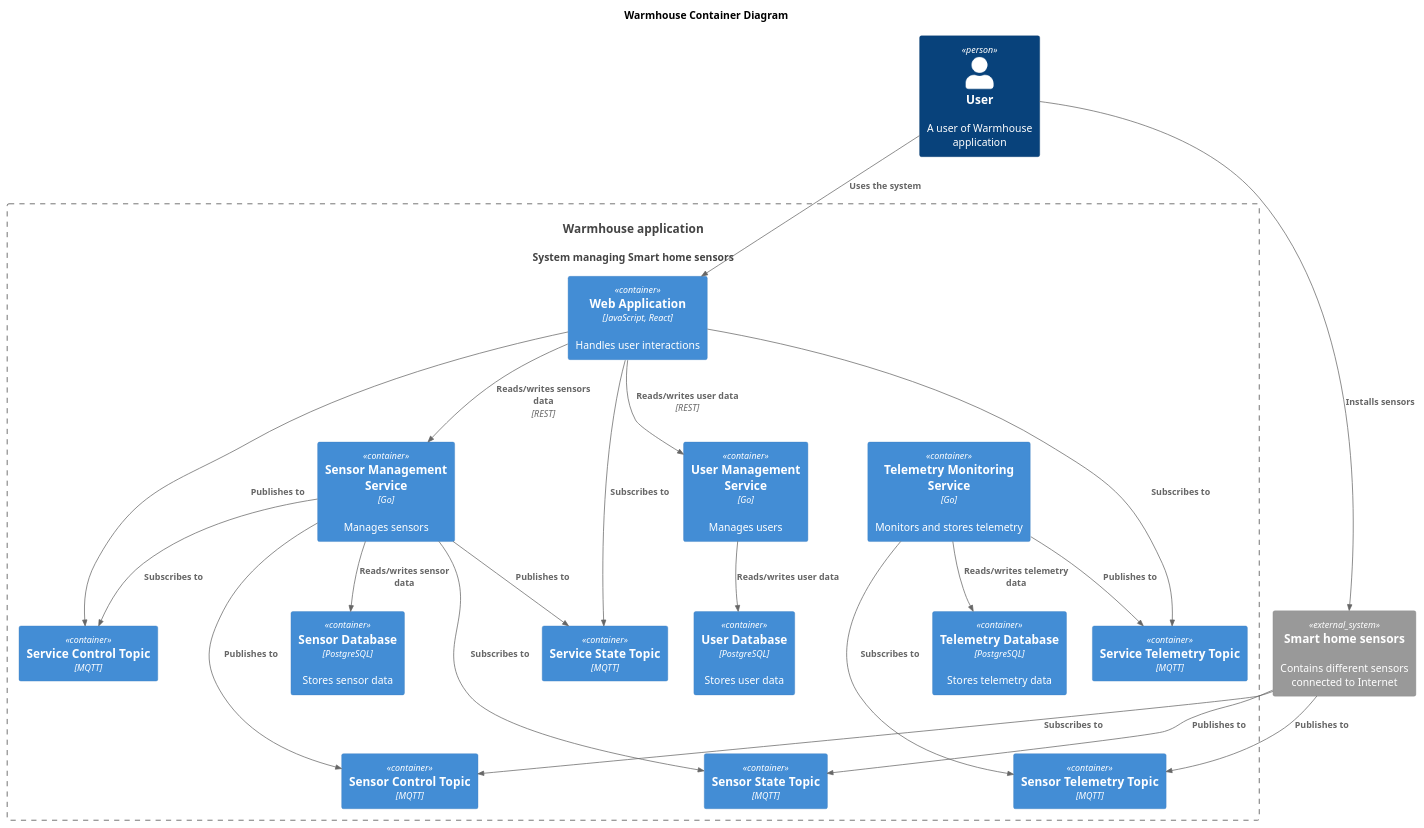
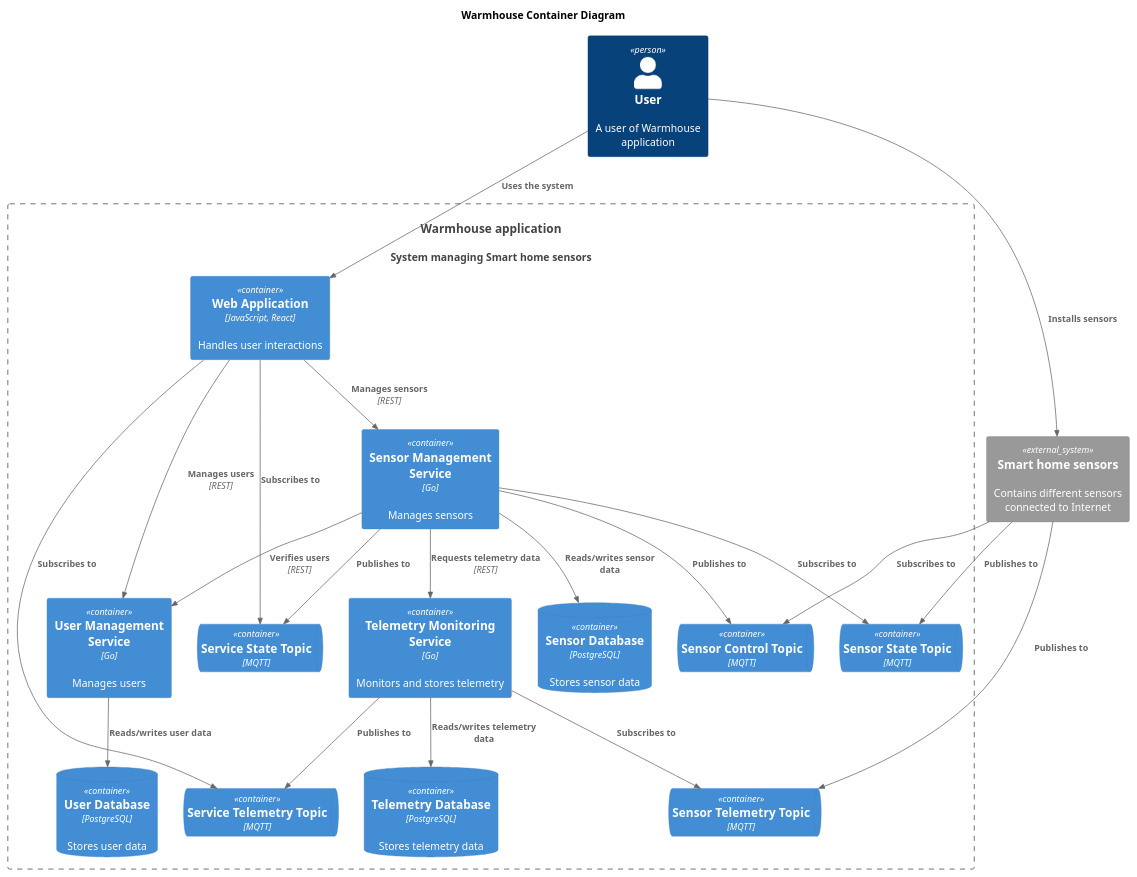
One commit to grafkozloff/arch-sprint1 changed the diagram in diagrams/container/containers.puml. Above: the diagram before and after it, drawn with PlantUML. The commit also changed 10 other files, not shown here.

```diff
--- a/diagrams/container/containers.puml
+++ b/diagrams/container/containers.puml
@@ -1,67 +1,55 @@
 @startuml
 title Warmhouse Container Diagram
 
-'top to bottom direction
+top to bottom direction
 
 !includeurl https://raw.githubusercontent.com/RicardoNiepel/C4-PlantUML/master/C4_Component.puml
 
 Person(user, "User", "A user of Warmhouse application")
 System(WarmhouseApp, "Warmhouse application", "System managing Smart home sensors")
 
 Container_Boundary(WarmhouseApp, "Warmhouse application") {
   Container(WebApp, "Web Application", "JavaScript, React", "Handles user interactions")
 '  services
   Container(UserService, "User Management Service", "Go", "Manages users")
   Container(SensorService, "Sensor Management Service", "Go", "Manages sensors")
   Container(TelemetryService, "Telemetry Monitoring Service", "Go", "Monitors and stores telemetry")
 '  databases
-  Container(UserDatabase, "User Database", "PostgreSQL", "Stores user data")
-  Container(SensorDatabase, "Sensor Database", "PostgreSQL", "Stores sensor data")
-  Container(TelemetryDatabase, "Telemetry Database", "PostgreSQL", "Stores telemetry data")
+  ContainerDb(UserDatabase, "User Database", "PostgreSQL", "Stores user data")
+  ContainerDb(SensorDatabase, "Sensor Database", "PostgreSQL", "Stores sensor data")
+  ContainerDb(TelemetryDatabase, "Telemetry Database", "PostgreSQL", "Stores telemetry data")
 '  topics
-  Container(SensorControlTopic, "Sensor Control Topic", "MQTT")
-  Container(SensorStateTopic, "Sensor State Topic", "MQTT")
-  Container(SensorTelemetryTopic, "Sensor Telemetry Topic", "MQTT")
-  Container(ServiceControlTopic, "Service Control Topic", "MQTT")
-  Container(ServiceStateTopic, "Service State Topic", "MQTT")
-  Container(ServiceTelemetryTopic, "Service Telemetry Topic", "MQTT")
+  ContainerQueue(SensorControlTopic, "Sensor Control Topic", "MQTT")
+  ContainerQueue(SensorStateTopic, "Sensor State Topic", "MQTT")
+  ContainerQueue(SensorTelemetryTopic, "Sensor Telemetry Topic", "MQTT")
+  ContainerQueue(ServiceStateTopic, "Service State Topic", "MQTT")
+  ContainerQueue(ServiceTelemetryTopic, "Service Telemetry Topic", "MQTT")
 }
 
 System_Ext(sensors, "Smart home sensors", "Contains different sensors connected to Internet")
 
 Rel(user, WebApp, "Uses the system")
 Rel(user, sensors, "Installs sensors")
 
-Rel(WebApp, UserService, "Reads/writes user data", "REST")
-Rel(WebApp, SensorService, "Reads/writes sensors data", "REST")
-Rel(WebApp, ServiceControlTopic, "Publishes to")
+Rel(WebApp, UserService, "Manages users", "REST")
+Rel(WebApp, SensorService, "Manages sensors", "REST")
+Rel(SensorService, UserService, "Verifies users", "REST")
+Rel(SensorService, TelemetryService, "Requests telemetry data", "REST")
 Rel(WebApp, ServiceStateTopic, "Subscribes to")
 Rel(WebApp, ServiceTelemetryTopic, "Subscribes to")
 
-Rel(SensorService, ServiceControlTopic, "Subscribes to")
 Rel(SensorService, ServiceStateTopic, "Publishes to")
 Rel(TelemetryService, ServiceTelemetryTopic, "Publishes to")
 
 Rel(UserService, UserDatabase, "Reads/writes user data")
 Rel(SensorService, SensorDatabase, "Reads/writes sensor data")
 Rel(TelemetryService, TelemetryDatabase, "Reads/writes telemetry data")
 
 Rel(SensorService, SensorControlTopic, "Publishes to")
 Rel(SensorService, SensorStateTopic, "Subscribes to")
 Rel(TelemetryService, SensorTelemetryTopic, "Subscribes to")
 
 Rel(sensors, SensorControlTopic, "Subscribes to")
 Rel(sensors, SensorStateTopic, "Publishes to")
 Rel(sensors, SensorTelemetryTopic, "Publishes to")
-
-WebApp -[hidden]-> UserService
-WebApp -[hidden]-> SensorService
-WebApp -[hidden]-> TelemetryService
-ServiceControlTopic -[hidden]-> SensorControlTopic
-ServiceControlTopic -[hidden]-> SensorService
-ServiceStateTopic -[hidden]-> SensorStateTopic
-ServiceTelemetryTopic -[hidden]-> SensorTelemetryTopic
-sensors -[hidden]-> SensorControlTopic
-sensors -[hidden]-> SensorStateTopic
-sensors -[hidden]-> SensorTelemetryTopic
 @enduml
```
